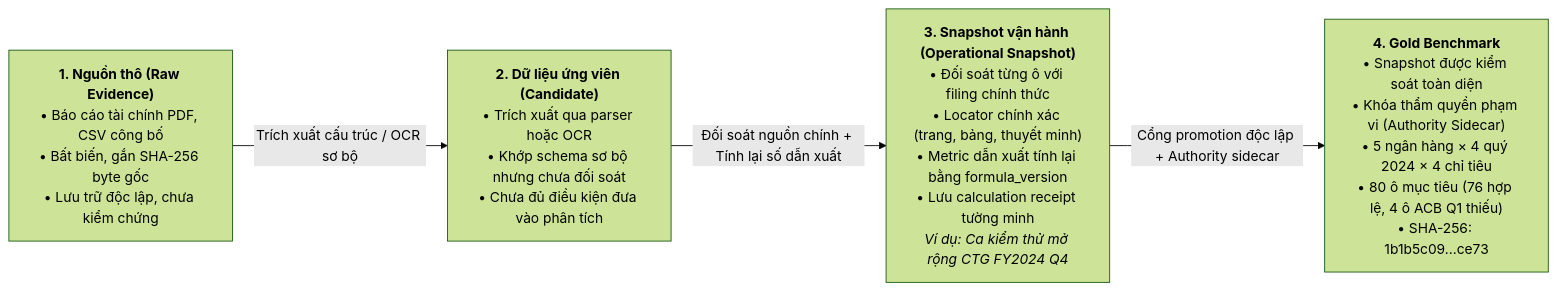
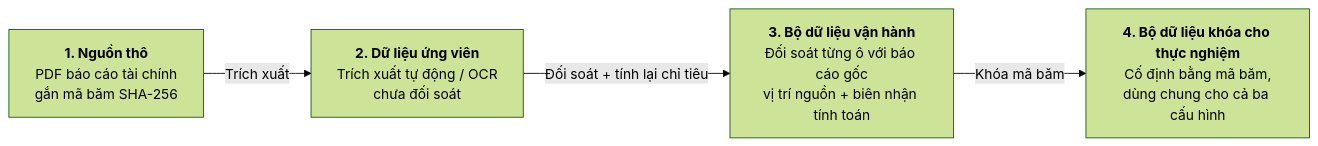
Before and after one commit to thaicuong576/final-thesis: the second of 2 diagrams in docs/thesis-v2/chuong-3-phuong-phap.md, drawn with Mermaid (forest theme). The commit also changed other lines of this file and 21 other files, not shown here.

````diff
--- a/docs/thesis-v2/chuong-3-phuong-phap.md
+++ b/docs/thesis-v2/chuong-3-phuong-phap.md
@@ -66,14 +48,10 @@
 ```mermaid
 flowchart LR
-    Raw["<b>1. Nguồn thô (Raw Evidence)</b><br/>• Báo cáo tài chính PDF, CSV công bố<br/>• Bất biến, gắn SHA-256 byte gốc<br/>• Lưu trữ độc lập, chưa kiểm chứng"]
-    
-    Candidate["<b>2. Dữ liệu ứng viên (Candidate)</b><br/>• Trích xuất qua parser hoặc OCR<br/>• Khớp schema sơ bộ nhưng chưa đối soát<br/>• Chưa đủ điều kiện đưa vào phân tích"]
-    
-    Operational["<b>3. Snapshot vận hành (Operational Snapshot)</b><br/>• Đối soát từng ô với filing chính thức<br/>• Locator chính xác (trang, bảng, thuyết minh)<br/>• Metric dẫn xuất tính lại bằng formula_version<br/>• Lưu calculation receipt tường minh<br/><i>Ví dụ: Ca kiểm thử mở rộng CTG FY2024 Q4</i>"]
-    
-    Gold["<b>4. Gold Benchmark</b><br/>• Snapshot được kiểm soát toàn diện<br/>• Khóa thẩm quyền phạm vi (Authority Sidecar)<br/>• 5 ngân hàng × 4 quý 2024 × 4 chỉ tiêu<br/>• 80 ô mục tiêu (76 hợp lệ, 4 ô ACB Q1 thiếu)<br/>• SHA-256: 1b1b5c09...ce73"]
-    
-    Raw -->|"Trích xuất cấu trúc / OCR sơ bộ"| Candidate
-    Candidate -->|"Đối soát nguồn chính + Tính lại số dẫn xuất"| Operational
-    Operational -->|"Cổng promotion độc lập + Authority sidecar"| Gold
+    Raw["<b>1. Nguồn thô</b><br/>PDF báo cáo tài chính<br/>gắn mã băm SHA-256"]
+    Candidate["<b>2. Dữ liệu ứng viên</b><br/>Trích xuất tự động / OCR<br/>chưa đối soát"]
+    Operational["<b>3. Bộ dữ liệu vận hành</b><br/>Đối soát từng ô với báo cáo gốc<br/>vị trí nguồn + biên nhận tính toán"]
+    Locked["<b>4. Bộ dữ liệu khóa cho thực nghiệm</b><br/>Cố định bằng mã băm,<br/>dùng chung cho cả ba cấu hình"]
+    Raw -->|"Trích xuất"| Candidate
+    Candidate -->|"Đối soát + tính lại chỉ tiêu"| Operational
+    Operational -->|"Khóa mã băm"| Locked
 ```
````
